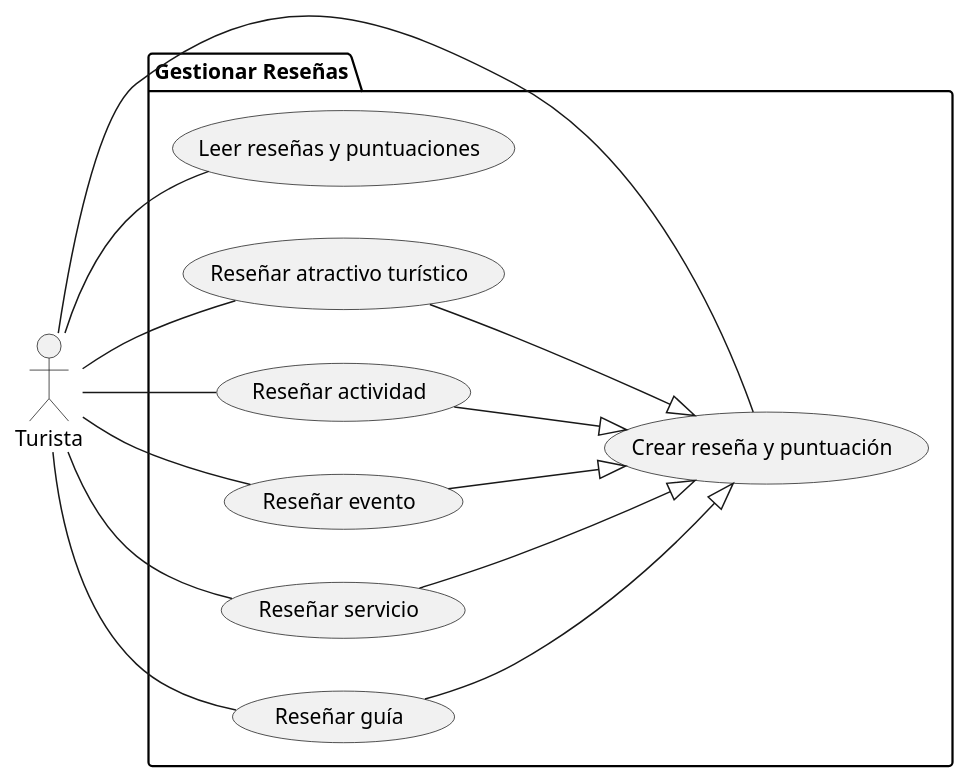
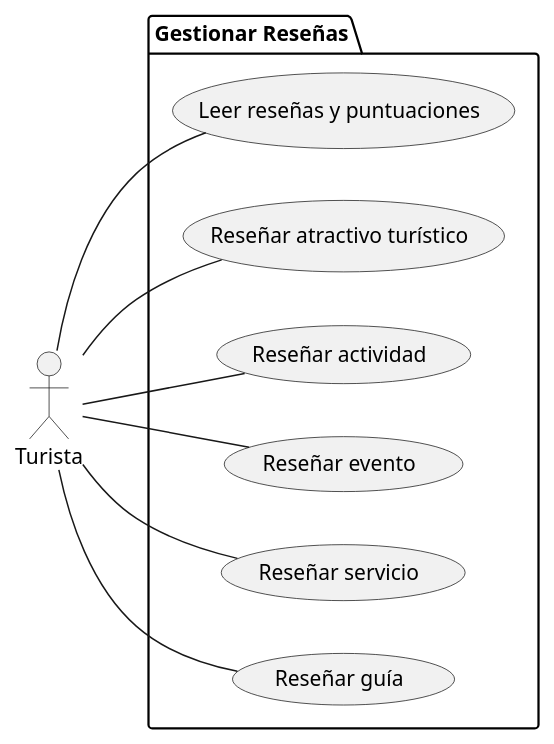
Before and after one commit to LJSaumeth/SM-Xplore-Proto: the diagram in docs/modelos/uc-lvl-1/gestionar-reseñas/turista-diagrama.puml, drawn with PlantUML.

```diff
--- a/docs/modelos/uc-lvl-1/gestionar-reseñas/turista-diagrama.puml
+++ b/docs/modelos/uc-lvl-1/gestionar-reseñas/turista-diagrama.puml
@@ -1,30 +1,22 @@
 @startuml
 left to right direction
 
 actor Turista as T
 
 package "Gestionar Reseñas" {
-    usecase "Crear reseña y puntuación" as UC1
     usecase "Leer reseñas y puntuaciones" as UC2
     usecase "Reseñar atractivo turístico" as UC3
     usecase "Reseñar actividad" as UC4
     usecase "Reseñar evento" as UC5
     usecase "Reseñar servicio" as UC6
     usecase "Reseñar guía" as UC7
 }
 
-T -- UC1
 T -- UC2
 T -- UC3
 T -- UC4
 T -- UC5
 T -- UC6
 T -- UC7
 
-UC3 --|> UC1
-UC4 --|> UC1
-UC5 --|> UC1
-UC6 --|> UC1
-UC7 --|> UC1
-
 @enduml
```
